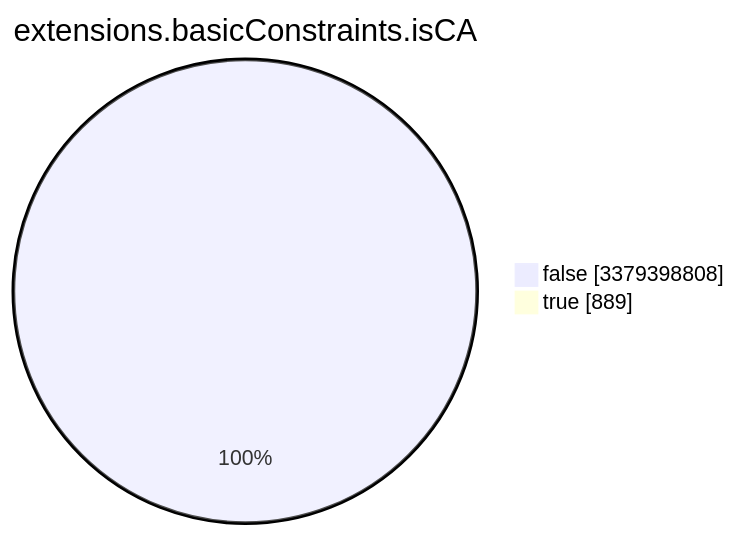
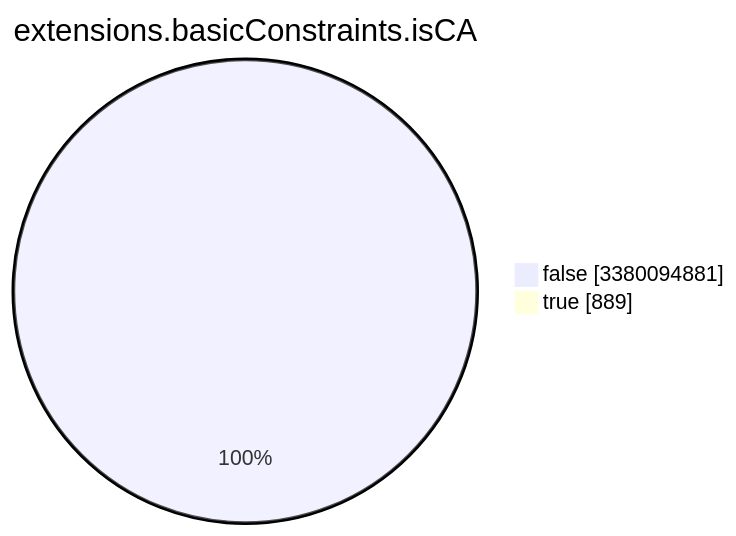
One commit to christiankrug/ctmonitor_visualization changed the seventh of 15 diagrams in TOTAL/README.md. Above: the diagram before and after it, drawn with Mermaid. The commit also changed other lines of this file, not shown here.

````diff
--- a/TOTAL/README.md
+++ b/TOTAL/README.md
@@ -3090,6 +3090,6 @@
 ```mermaid
 pie showData
 title extensions.basicConstraints.isCA
-"false" :3379398808
+"false" :3380094881
 "true" :889
 ```
````
